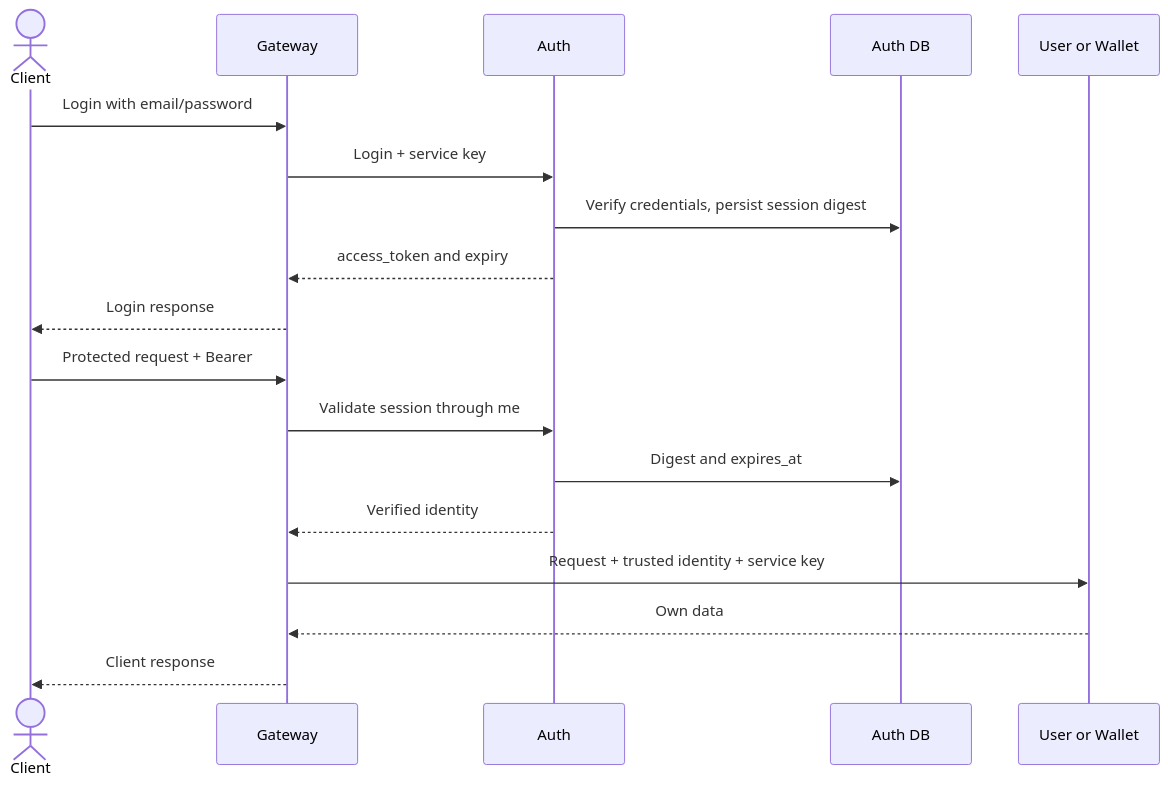
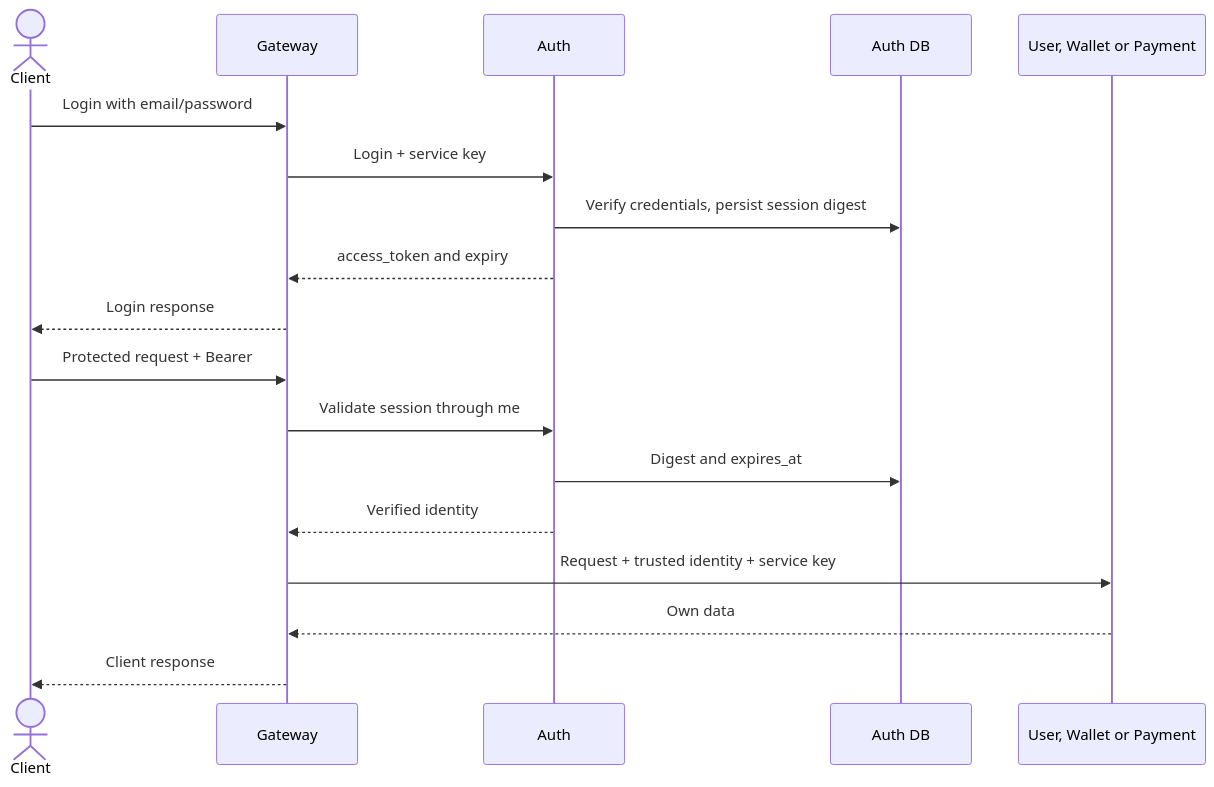
The sixth of 14 diagrams in ARCHITECTURE.md (aarbabaev/ArMoney), drawn with Mermaid before and after one commit. The commit also changed other lines of this file and 58 other files, not shown here.

````diff
--- a/ARCHITECTURE.md
+++ b/ARCHITECTURE.md
@@ -188,20 +194,20 @@
 ```mermaid
 sequenceDiagram
     actor C as Client
     participant G as Gateway
     participant A as Auth
     participant DB as Auth DB
-    participant S as User or Wallet
+    participant S as User, Wallet or Payment
     C->>G: Login with email/password
     G->>A: Login + service key
     A->>DB: Verify credentials, persist session digest
     A-->>G: access_token and expiry
     G-->>C: Login response
     C->>G: Protected request + Bearer
     G->>A: Validate session through me
     A->>DB: Digest and expires_at
     A-->>G: Verified identity
     G->>S: Request + trusted identity + service key
     S-->>G: Own data
     G-->>C: Client response
 ```
````
